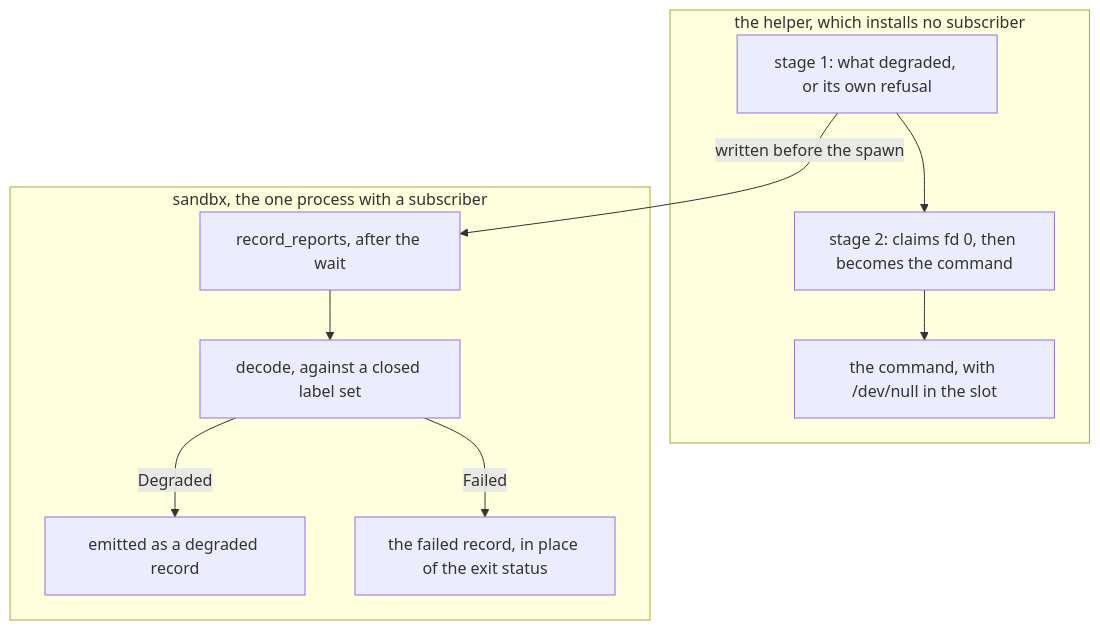
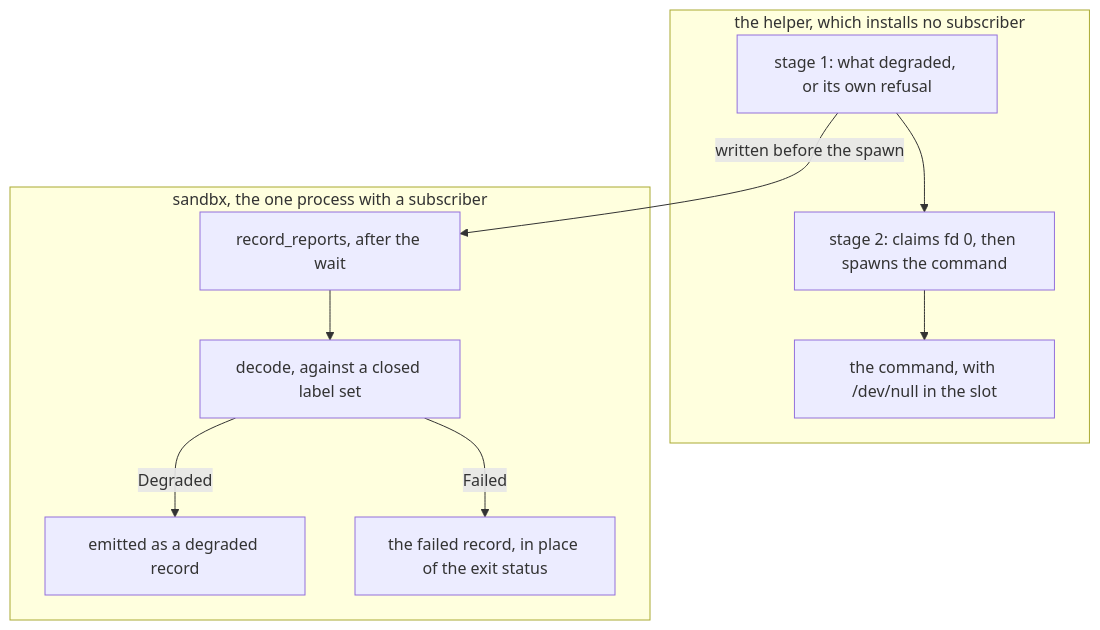
The second of 2 diagrams in context/onboarding/14-audit-sessions-credentials.md (danczw/sandbx), drawn with Mermaid before and after one commit. The commit also changed other lines of this file and 13 other files, not shown here.

````diff
--- a/context/onboarding/14-audit-sessions-credentials.md
+++ b/context/onboarding/14-audit-sessions-credentials.md
@@ -287,20 +287,20 @@
 ```mermaid
 flowchart TD
     subgraph helper["the helper, which installs no subscriber"]
         S1["stage 1: what degraded, or its own refusal"]
-        S2["stage 2: claims fd 0, then becomes the command"]
+        S2["stage 2: claims fd 0, then spawns the command"]
         CMD["the command, with /dev/null in the slot"]
     end
     subgraph harness["sandbx, the one process with a subscriber"]
         RD["record_reports, after the wait"]
         DC["decode, against a closed label set"]
         DG["emitted as a degraded record"]
         FL["the failed record, in place of the exit status"]
     end
     S1 -->|written before the spawn| RD
     S1 --> S2
     S2 --> CMD
     RD --> DC
     DC -->|Degraded| DG
     DC -->|Failed| FL
 ```
````
